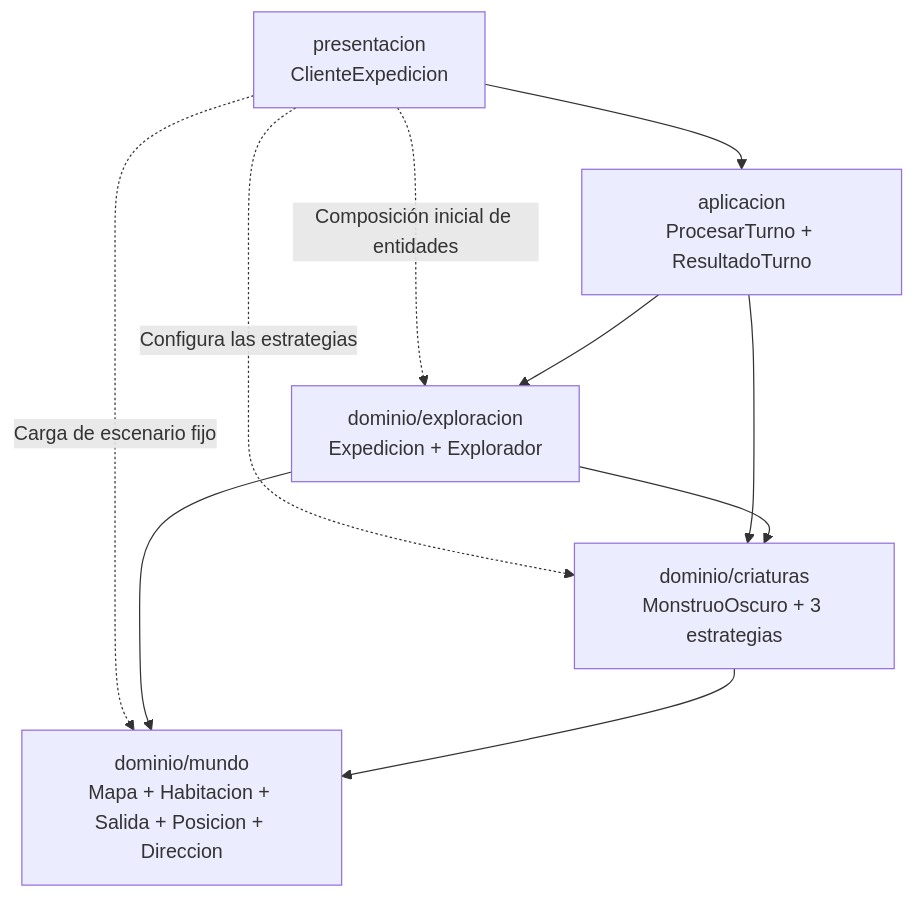
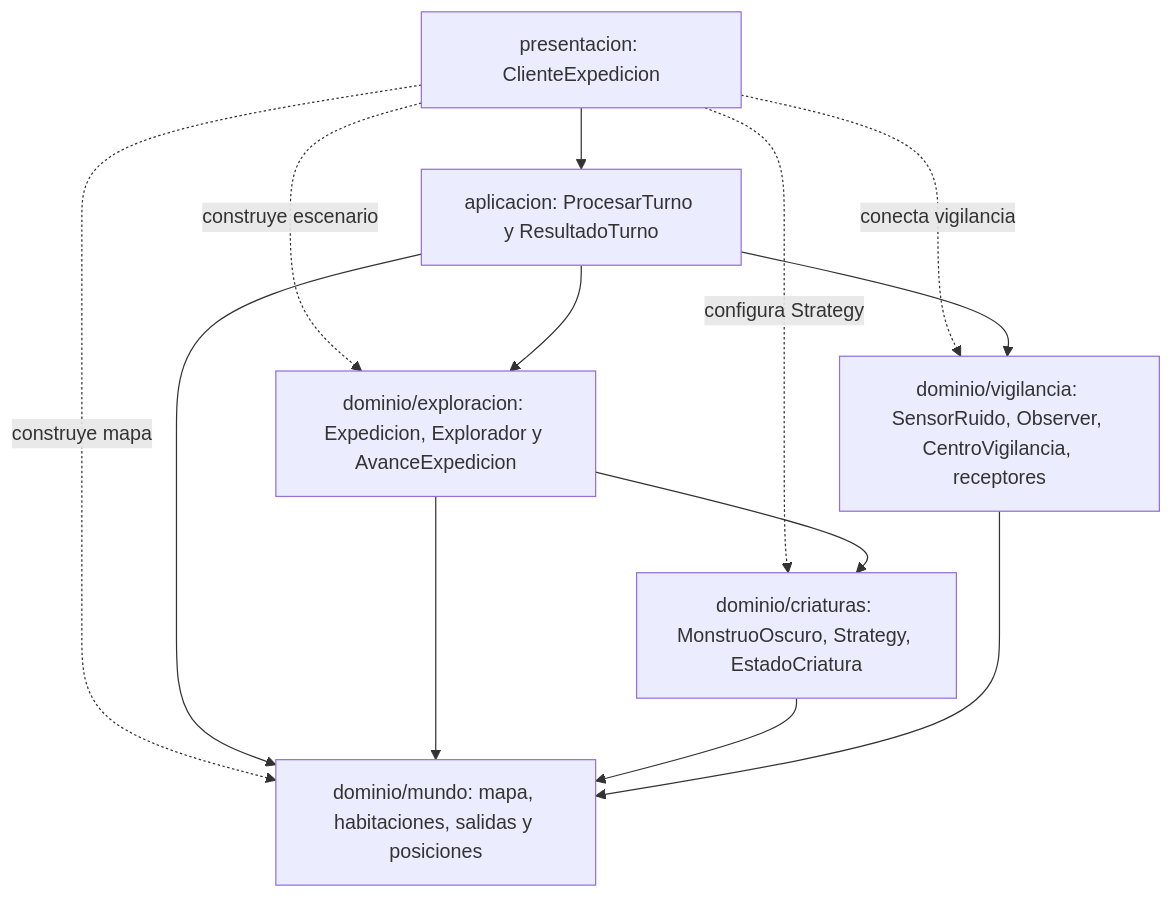
Before and after one commit to marcos-moreira-dev/Patrones-de-dise-o-Java: the first of 4 diagrams in proyectos/expedicion-liminal-integrada/docs/ARQUITECTURA.md, drawn with Mermaid. The commit also changed other lines of this file and 1 other file, not shown here.

Commit message:
docs(integrador): UML final y auditoria de arquitectura y patrones

```diff
--- a/proyectos/expedicion-liminal-integrada/docs/ARQUITECTURA.md
+++ b/proyectos/expedicion-liminal-integrada/docs/ARQUITECTURA.md
@@ -7,17 +9,21 @@
 ~~~mermaid
 flowchart TD
-    P["presentacion<br/>ClienteExpedicion"]
-    A["aplicacion<br/>ProcesarTurno + ResultadoTurno"]
-    E["dominio/exploracion<br/>Expedicion + Explorador"]
-    M["dominio/mundo<br/>Mapa + Habitacion + Salida + Posicion + Direccion"]
-    C["dominio/criaturas<br/>MonstruoOscuro + 3 estrategias"]
+    P["presentacion: ClienteExpedicion"]
+    A["aplicacion: ProcesarTurno y ResultadoTurno"]
+    E["dominio/exploracion: Expedicion, Explorador y AvanceExpedicion"]
+    M["dominio/mundo: mapa, habitaciones, salidas y posiciones"]
+    C["dominio/criaturas: MonstruoOscuro, Strategy, EstadoCriatura"]
+    V["dominio/vigilancia: SensorRuido, Observer, CentroVigilancia, receptores"]
     P --> A
-    P -. "Composición inicial de entidades" .-> E
-    P -. "Carga de escenario fijo" .-> M
-    P -. "Configura las estrategias" .-> C
+    P -. "construye escenario" .-> E
+    P -. "construye mapa" .-> M
+    P -. "configura Strategy" .-> C
+    P -. "conecta vigilancia" .-> V
     A --> E
-    A --> C
+    A --> M
+    A --> V
     E --> M
     E --> C
     C --> M
+    V --> M
 ~~~
```
